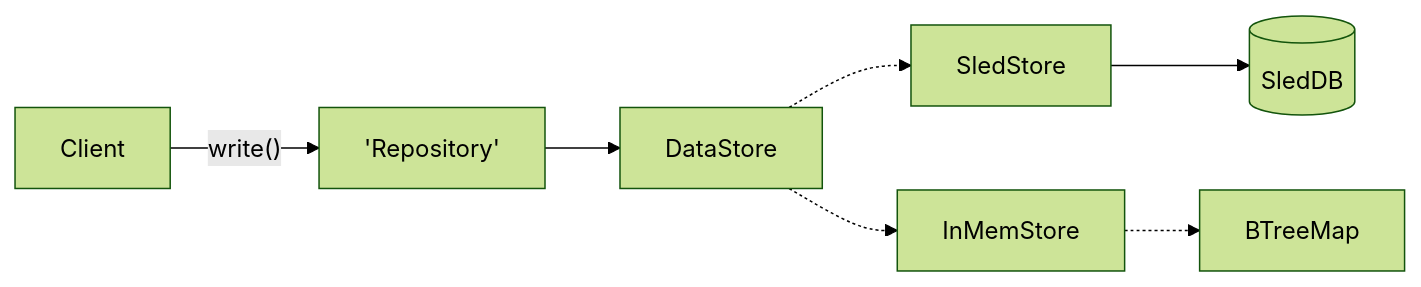
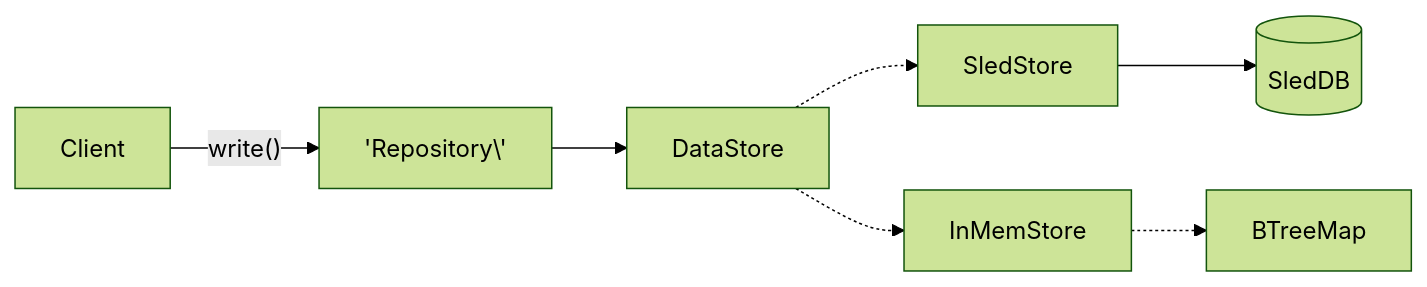
The third of 3 diagrams in packages/ciphernode/data/README.md (gnosisguild/enclave), drawn with Mermaid (forest theme) before and after one commit.

Commit message:
Escape stuff

````diff
--- a/packages/ciphernode/data/README.md
+++ b/packages/ciphernode/data/README.md
@@ -63,11 +63,11 @@
 ```mermaid
 graph LR
-    R['Repository<T>']
+    R['Repository\<T\>']
     DB[(SledDB)]
     Client --"write()"--> R
     R --> D[DataStore]
     D -.-> SledStore
     D -.-> InMemStore
     InMemStore -.-> BTreeMap
     SledStore --> DB
 ```
````
